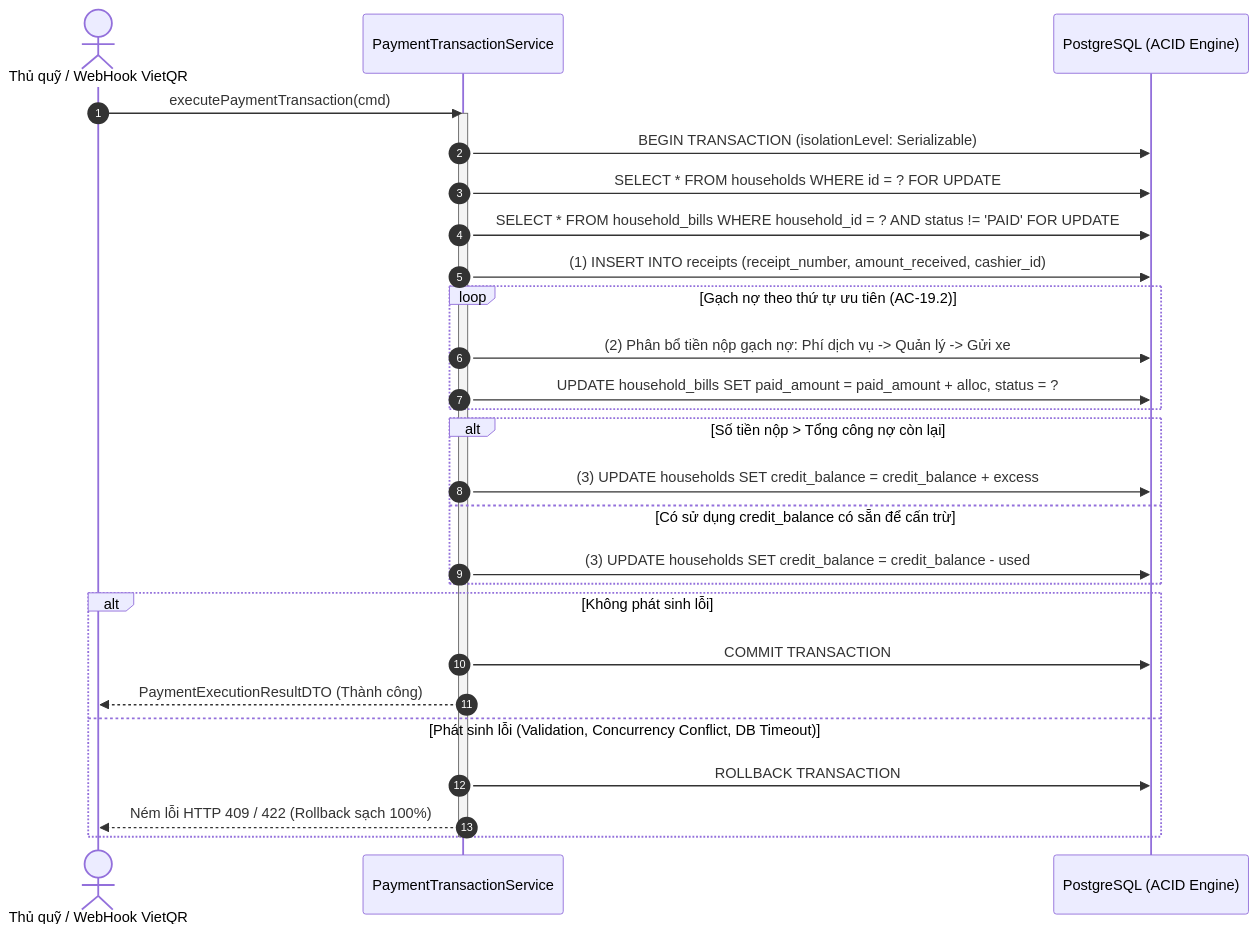
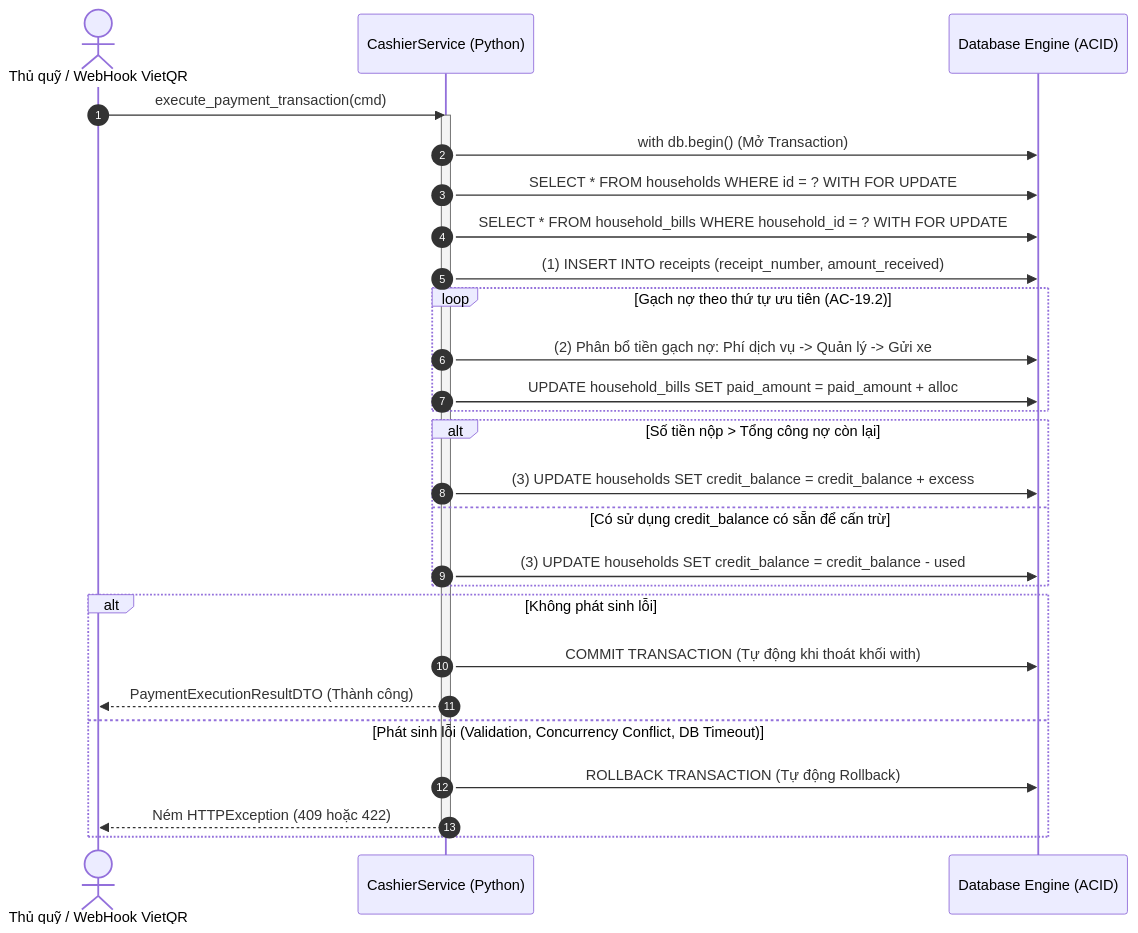
The second of 4 diagrams in docs/PRE_CODING_BASELINE.md (Viet-Tung/bluemoon-management-system), drawn with Mermaid before and after one commit. The commit also changed other lines of this file, not shown here.

Commit message:
docs(architecture): chuyen doi ma tran cong nghe sang python fastapi than thien sinh vien

````diff
--- a/docs/PRE_CODING_BASELINE.md
+++ b/docs/PRE_CODING_BASELINE.md
@@ -194,31 +219,31 @@
 ```mermaid
 sequenceDiagram
     autonumber
     actor Cashier as Thủ quỹ / WebHook VietQR
-    participant Service as PaymentTransactionService
-    participant DB as PostgreSQL (ACID Engine)
+    participant Service as CashierService (Python)
+    participant DB as Database Engine (ACID)
 
-    Cashier->>Service: executePaymentTransaction(cmd)
+    Cashier->>Service: execute_payment_transaction(cmd)
     activate Service
-    Service->>DB: BEGIN TRANSACTION (isolationLevel: Serializable)
-    Service->>DB: SELECT * FROM households WHERE id = ? FOR UPDATE
-    Service->>DB: SELECT * FROM household_bills WHERE household_id = ? AND status != 'PAID' FOR UPDATE
-    Service->>DB: (1) INSERT INTO receipts (receipt_number, amount_received, cashier_id)
+    Service->>DB: with db.begin() (Mở Transaction)
+    Service->>DB: SELECT * FROM households WHERE id = ? WITH FOR UPDATE
+    Service->>DB: SELECT * FROM household_bills WHERE household_id = ? WITH FOR UPDATE
+    Service->>DB: (1) INSERT INTO receipts (receipt_number, amount_received)
     loop Gạch nợ theo thứ tự ưu tiên (AC-19.2)
-        Service->>DB: (2) Phân bổ tiền nộp gạch nợ: Phí dịch vụ -> Quản lý -> Gửi xe
-        Service->>DB: UPDATE household_bills SET paid_amount = paid_amount + alloc, status = ?
+        Service->>DB: (2) Phân bổ tiền gạch nợ: Phí dịch vụ -> Quản lý -> Gửi xe
+        Service->>DB: UPDATE household_bills SET paid_amount = paid_amount + alloc
     end
     alt Số tiền nộp > Tổng công nợ còn lại
         Service->>DB: (3) UPDATE households SET credit_balance = credit_balance + excess
     else Có sử dụng credit_balance có sẵn để cấn trừ
         Service->>DB: (3) UPDATE households SET credit_balance = credit_balance - used
     end
     alt Không phát sinh lỗi
-        Service->>DB: COMMIT TRANSACTION
+        Service->>DB: COMMIT TRANSACTION (Tự động khi thoát khối with)
         Service-->>Cashier: PaymentExecutionResultDTO (Thành công)
     else Phát sinh lỗi (Validation, Concurrency Conflict, DB Timeout)
-        Service->>DB: ROLLBACK TRANSACTION
-        Service-->>Cashier: Ném lỗi HTTP 409 / 422 (Rollback sạch 100%)
+        Service->>DB: ROLLBACK TRANSACTION (Tự động Rollback)
+        Service-->>Cashier: Ném HTTPException (409 hoặc 422)
     end
     deactivate Service
 ```
````
